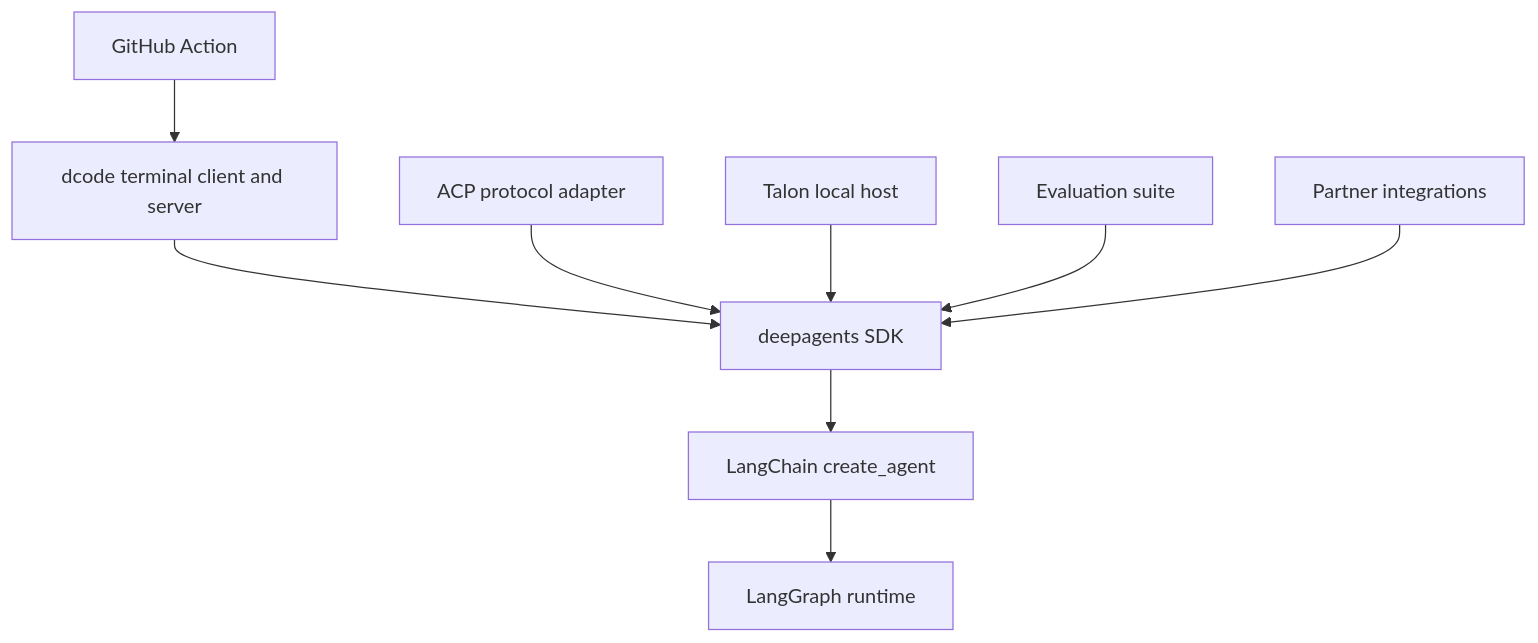
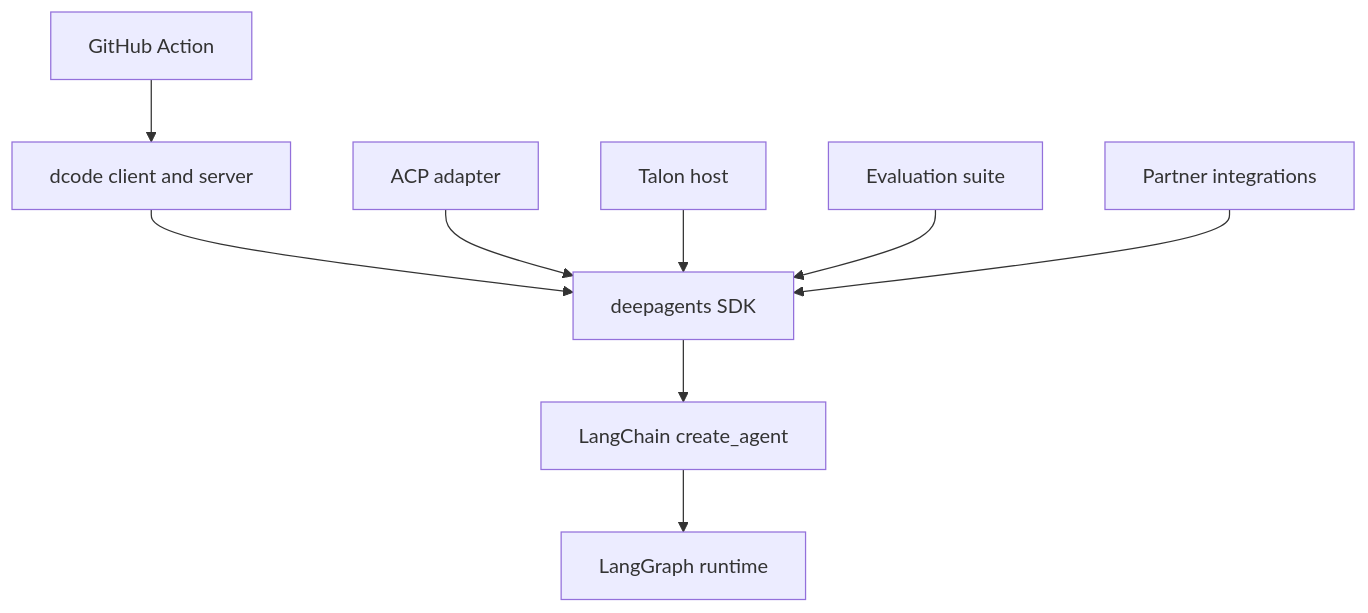
One commit to langchain-ai/deepagents changed the diagram in openwiki/architecture/source-map.md. Above: the diagram before and after it, drawn with Mermaid. The commit also changed other lines of this file and 36 other files, not shown here.

````diff
--- a/openwiki/architecture/source-map.md
+++ b/openwiki/architecture/source-map.md
@@ -69,11 +67,11 @@
 ```mermaid
 flowchart TD
-    SDK["deepagents SDK"] --> LC["LangChain create_agent"]
-    LC --> LG["LangGraph runtime"]
-    Dcode["dcode terminal client and server"] --> SDK
-    ACP["ACP protocol adapter"] --> SDK
-    Talon["Talon local host"] --> SDK
+    SDK["deepagents SDK"] --> Chain["LangChain create_agent"]
+    Chain --> Graph["LangGraph runtime"]
+    Dcode["dcode client and server"] --> SDK
+    ACP["ACP adapter"] --> SDK
+    Talon["Talon host"] --> SDK
     Evals["Evaluation suite"] --> SDK
     Partners["Partner integrations"] --> SDK
     Action["GitHub Action"] --> Dcode
 ```
````
